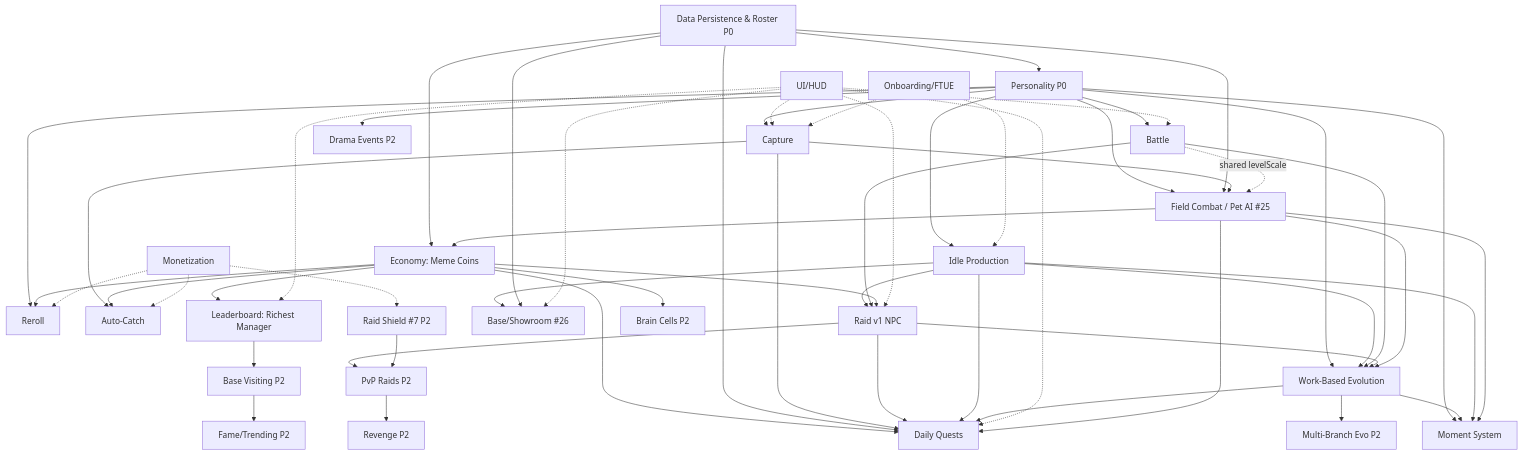
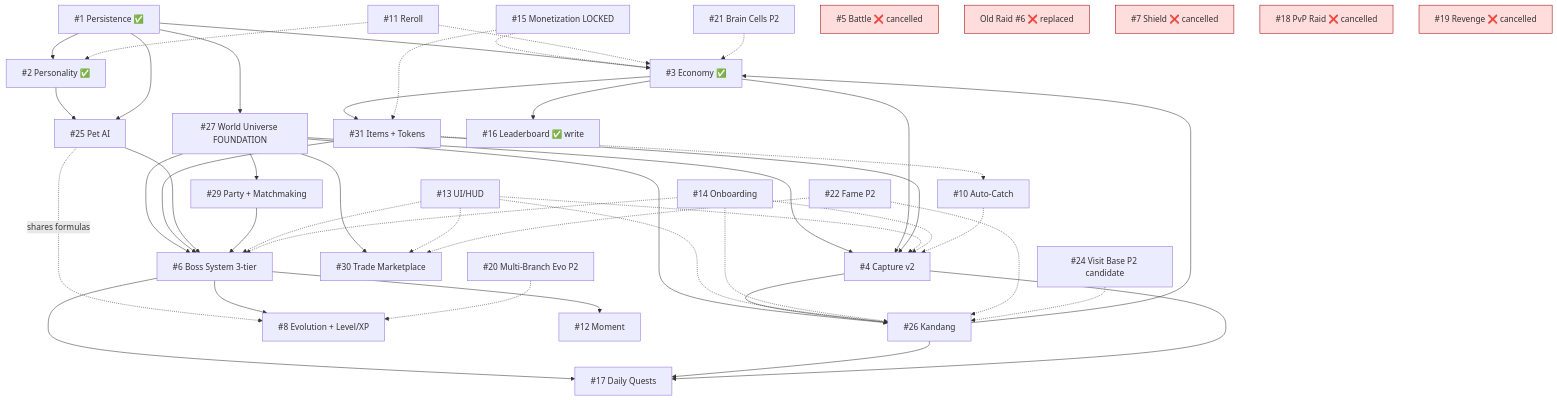
One commit to parlement-studio/games changed the diagram in design/gdd/systems-index.md. Above: the diagram before and after it, drawn with Mermaid. The commit also changed other lines of this file, not shown here.

````diff
--- a/design/gdd/systems-index.md
+++ b/design/gdd/systems-index.md
@@ -357,64 +389,55 @@
 ```mermaid
 graph TD
-    DP[Data Persistence & Roster P0] --> PS[Personality P0]
-    DP --> ECON[Economy: Meme Coins]
-    PS --> CAP[Capture]
-    PS --> IDLE[Idle Production]
-    PS --> BAT[Battle]
-    PS --> RR[Reroll]
-    PS --> EVO[Work-Based Evolution]
-    PS --> MOM[Moment System]
-    CAP --> AC[Auto-Catch]
-    IDLE --> RAID[Raid v1 NPC]
-    BAT --> RAID
-    ECON --> RAID
-    ECON --> RR
-    ECON --> AC
-    ECON --> LB[Leaderboard: Richest Manager]
-    IDLE --> EVO
-    BAT --> EVO
-    RAID --> EVO
-    EVO --> MOM
-    IDLE --> MOM
-    UI[UI/HUD] -.-> CAP
-    UI -.-> BAT
-    UI -.-> RAID
-    UI -.-> LB
-    FTUE[Onboarding/FTUE] -.-> CAP
-    FTUE -.-> IDLE
-    MON[Monetization] -.-> AC
-    MON -.-> RR
+    DP[#1 Persistence ✅] --> PS[#2 Personality ✅]
+    DP --> ECON[#3 Economy ✅]
+    PS --> PETAI[#25 Pet AI]
+    DP --> PETAI
+    DP --> WORLD[#27 World Universe FOUNDATION]
+    WORLD --> KAN[#26 Kandang]
+    WORLD --> CAP[#4 Capture v2]
+    WORLD --> BOSS[#6 Boss System 3-tier]
+    WORLD --> PARTY[#29 Party + Matchmaking]
+    WORLD --> TRADE[#30 Trade Marketplace]
+    ECON --> CAP
+    ECON --> ITEMS[#31 Items + Tokens]
+    ITEMS --> CAP
+    ITEMS --> BOSS
+    PETAI --> BOSS
+    PARTY --> BOSS
+    CAP --> KAN
+    KAN --> ECON
+    PETAI -. shares formulas .-> EVO[#8 Evolution + Level/XP]
+    BOSS --> EVO
+    BOSS --> MOM[#12 Moment]
+    BOSS --> DQ[#17 Daily Quests]
+    KAN --> DQ
+    CAP --> DQ
+    ECON --> LB[#16 Leaderboard ✅ write]
+    UI[#13 UI/HUD] -.-> KAN
+    UI -.-> CAP
+    UI -.-> BOSS
+    UI -.-> TRADE
+    FTUE[#14 Onboarding] -.-> KAN
+    FTUE -.-> CAP
+    FTUE -.-> BOSS
+    MON[#15 Monetization LOCKED] -.-> ECON
+    MON -.-> ITEMS
+    AC[#10 Auto-Catch] -.-> CAP
+    ITEMS -.-> AC
+    RR[#11 Reroll] -.-> PS
+    RR -.-> ECON
 
-    ECON --> DQ[Daily Quests]
-    DP --> DQ
-    CAP --> DQ
-    RAID --> DQ
-    IDLE --> DQ
-    EVO --> DQ
-    UI -.-> DQ
+    BC[#21 Brain Cells P2] -.-> ECON
+    FAME[#22 Fame P2] -.-> KAN
+    FAME -.-> TRADE
+    VB[#24 Visit Base P2 candidate] -.-> KAN
+    MBE[#20 Multi-Branch Evo P2] -.-> EVO
 
-    %% #25 Field Combat / Pet AI (MVP, demo-validated)
-    PS --> PETAI[Field Combat / Pet AI #25]
-    DP --> PETAI
-    CAP --> PETAI
-    BAT -. shared levelScale .-> PETAI
-    PETAI --> ECON
-    PETAI --> EVO
-    PETAI --> MOM
-    PETAI --> DQ
+    BATTLE[#5 Battle ❌ cancelled]:::cancelled
+    RAID[Old Raid #6 ❌ replaced]:::cancelled
+    SHIELD[#7 Shield ❌ cancelled]:::cancelled
+    PVP[#18 PvP Raid ❌ cancelled]:::cancelled
+    REV[#19 Revenge ❌ cancelled]:::cancelled
 
-    %% #26 Base / Showroom Spatial Layer (MVP, demo-validated)
-    IDLE --> SHOW[Base/Showroom #26]
-    DP --> SHOW
-    UI -.-> SHOW
-
-    RAID --> PVP[PvP Raids P2]
-    SHIELD[Raid Shield #7 P2] --> PVP
-    MON -.-> SHIELD
-    PVP --> REV[Revenge P2]
-    EVO --> MBE[Multi-Branch Evo P2]
-    ECON --> BC[Brain Cells P2]
-    LB --> BV[Base Visiting P2]
-    BV --> FAME[Fame/Trending P2]
-    PS --> DRAMA[Drama Events P2]
+    classDef cancelled fill:#fdd,stroke:#900
 ```
````
